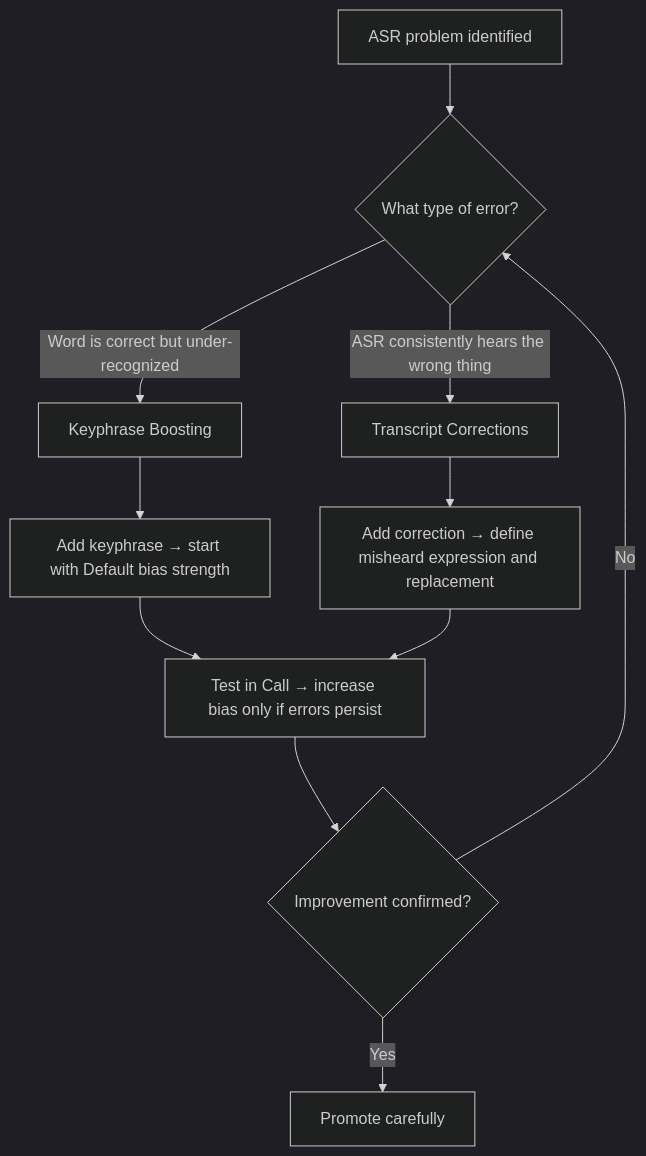
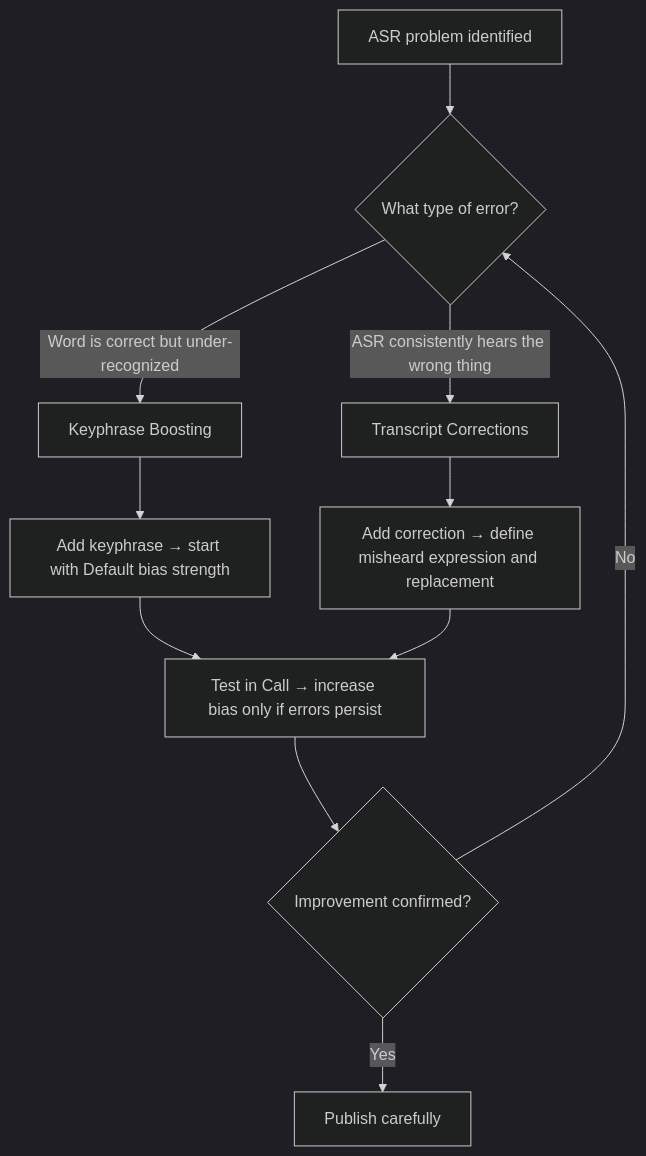
One commit to PolyAI-LDN/polyai-mintlify-doc changed the diagram in learn/guides/advanced/global-asr.mdx. Above: the diagram before and after it, drawn with Mermaid (dark theme). The commit also changed other lines of this file and 104 other files, not shown here.

````diff
--- a/learn/guides/advanced/global-asr.mdx
+++ b/learn/guides/advanced/global-asr.mdx
@@ -42,13 +42,13 @@
 ```mermaid
 flowchart TD
     A[ASR problem identified] --> B{What type of error?}
     B -->|Word is correct but under-recognized| C[Keyphrase Boosting]
     B -->|ASR consistently hears the wrong thing| D[Transcript Corrections]
     C --> E[Add keyphrase → start with Default bias strength]
     D --> F[Add correction → define misheard expression and replacement]
     E --> G[Test in Call → increase bias only if errors persist]
     F --> G
     G --> H{Improvement confirmed?}
-    H -->|Yes| I[Promote carefully]
+    H -->|Yes| I[Publish carefully]
     H -->|No| B
 ```
````
